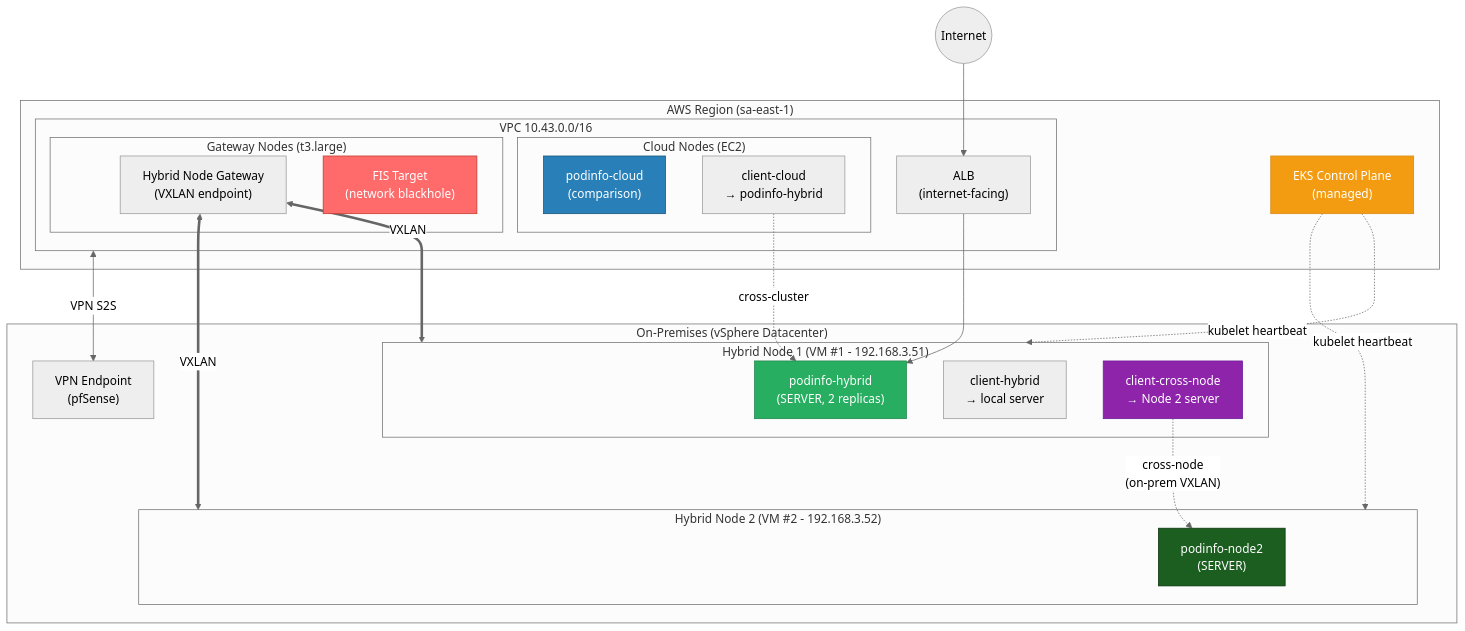
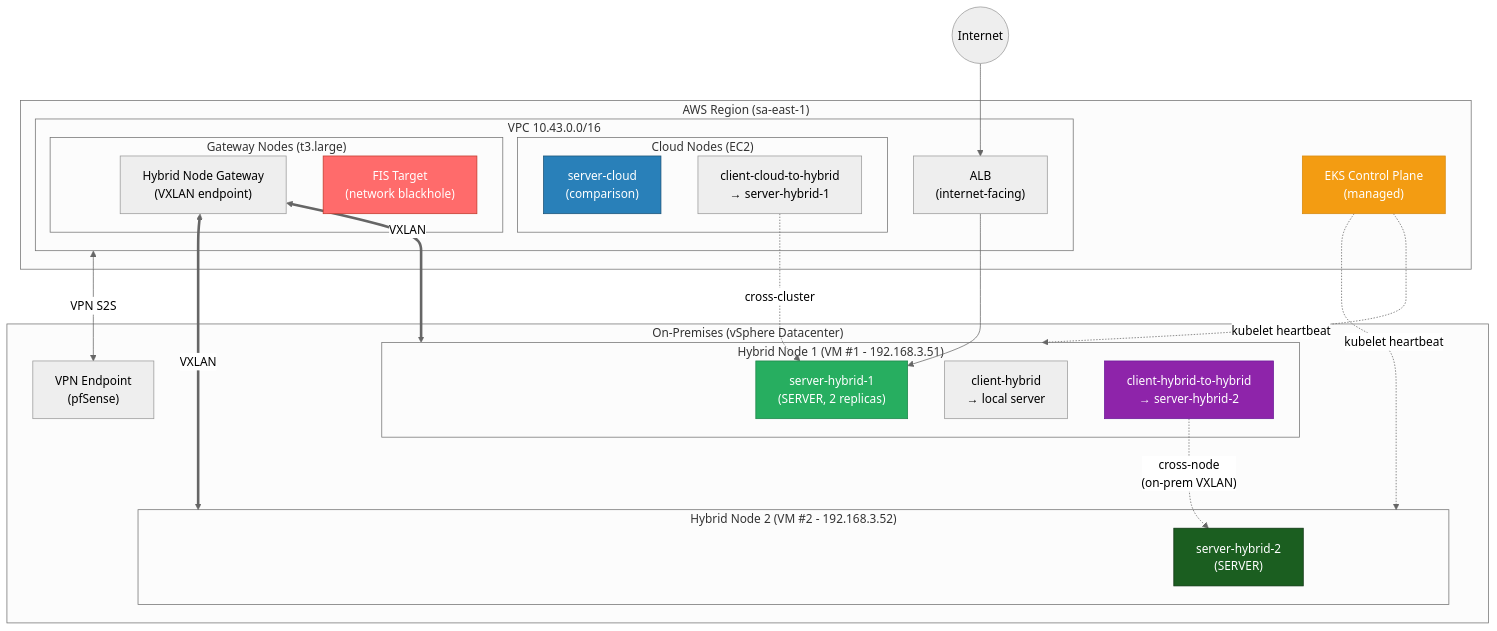
The first of 2 diagrams in README.md (brunokktro/eks-hybrid-resilience-demo), drawn with Mermaid (neutral theme) before and after one commit. The commit also changed other lines of this file and 2 other files, not shown here.

````diff
--- a/README.md
+++ b/README.md
@@ -16,48 +16,48 @@
 ```mermaid
 graph TB
     subgraph AWS["AWS Region (sa-east-1)"]
         CP["EKS Control Plane<br/>(managed)"]
         subgraph VPC["VPC 10.43.0.0/16"]
             ALB["ALB<br/>(internet-facing)"]
             subgraph CloudNodes["Cloud Nodes (EC2)"]
-                PC["podinfo-cloud<br/>(comparison)"]
-                CC["client-cloud<br/>→ podinfo-hybrid"]
+                PC["server-cloud<br/>(comparison)"]
+                CC["client-cloud-to-hybrid<br/>→ server-hybrid-1"]
             end
             subgraph GatewayNodes["Gateway Nodes (t3.large)"]
                 GW["Hybrid Node Gateway<br/>(VXLAN endpoint)"]
                 FIS["FIS Target<br/>(network blackhole)"]
             end
         end
     end
 
     subgraph OnPrem["On-Premises (vSphere Datacenter)"]
         subgraph HN1["Hybrid Node 1 (VM #1 - 192.168.3.51)"]
-            PH1["podinfo-hybrid<br/>(SERVER, 2 replicas)"]
+            PH1["server-hybrid-1<br/>(SERVER, 2 replicas)"]
             CH["client-hybrid<br/>→ local server"]
-            CXN["client-cross-node<br/>→ Node 2 server"]
+            CXN["client-hybrid-to-hybrid<br/>→ server-hybrid-2"]
         end
         subgraph HN2["Hybrid Node 2 (VM #2 - 192.168.3.52)"]
-            PH2["podinfo-node2<br/>(SERVER)"]
+            PH2["server-hybrid-2<br/>(SERVER)"]
         end
         VPN_EP["VPN Endpoint<br/>(pfSense)"]
     end
 
     Internet(("Internet")) --> ALB
     ALB --> PH1
 
     CP -. "kubelet heartbeat" .-> HN1
     CP -. "kubelet heartbeat" .-> HN2
     GW <== "VXLAN" ==> HN1
     GW <== "VXLAN" ==> HN2
     VPC <-- "VPN S2S" --> VPN_EP
 
     CC -. "cross-cluster" .-> PH1
     CXN -. "cross-node<br/>(on-prem VXLAN)" .-> PH2
 
     style FIS fill:#ff6b6b,stroke:#c0392b,color:#fff
     style PH1 fill:#27ae60,stroke:#1e8449,color:#fff
     style PH2 fill:#1B5E20,stroke:#0d3311,color:#fff
     style PC fill:#2980b9,stroke:#1a5276,color:#fff
     style CP fill:#f39c12,stroke:#d68910,color:#fff
     style CXN fill:#8e24aa,stroke:#6a1b9a,color:#fff
 ```
````
